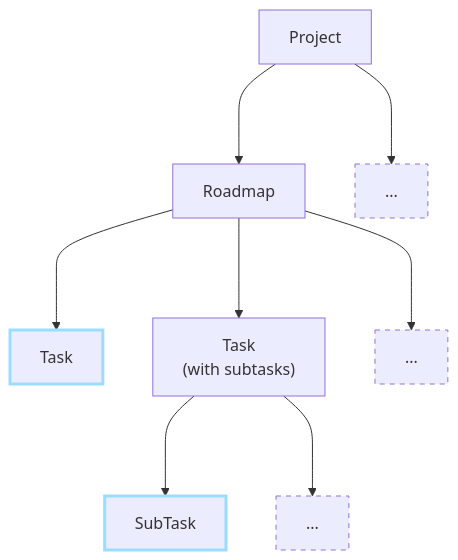
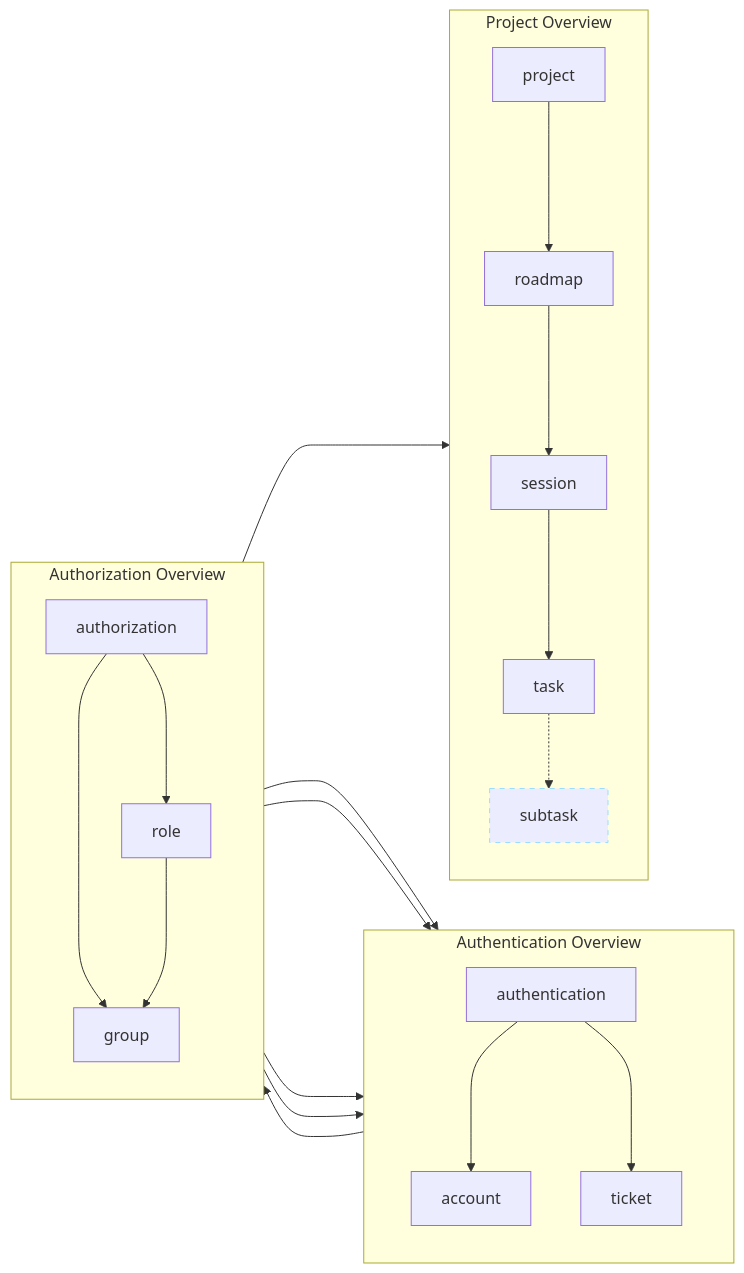
One commit to lakca/notes changed the diagram in src/CIS/WebRTC.md. Above: the diagram before and after it, drawn with Mermaid. The commit also changed other lines of this file and 3 other files, not shown here.

````diff
--- a/src/CIS/WebRTC.md
+++ b/src/CIS/WebRTC.md
@@ -1,13 +1,27 @@
 ```mermaid
-graph TD
+flowchart LR
 	classDef edge stroke:#9df,stroke-width:3;
-	classDef more stroke-dasharray:5 5;
-	project[Project]
-		project ---> roadmap[Roadmap] 
-		project ---> roadmaps[...]:::more
-	roadmap ---> task[Task]:::edge 
-	roadmap ---> task2["Task<br/>(with subtasks)"] 
-	roadmap ---> tasks[...]:::more
-	task2 ---> subtask[SubTask]:::edge
-	task2 ---> subtasks[...]:::more
+	classDef more stroke:#9df,stroke-dasharray:5 5;
+
+subgraph sauth[Authentication Overview]
+	direction TB
+	authentication ---> account & ticket
+end
+
+subgraph sperm[Authorization Overview]
+	direction TB
+	authorization ---> role & group & account & ticket
+	role ---> group & account
+	group ---> account
+end
+
+subgraph sproj[Project Overview]
+	direction TB
+	project ---> roadmap
+	roadmap ---> session
+	session ---> task
+	task -.-> subtask:::more
+end
+
+sauth ---> sperm ---> sproj
 ```
````
